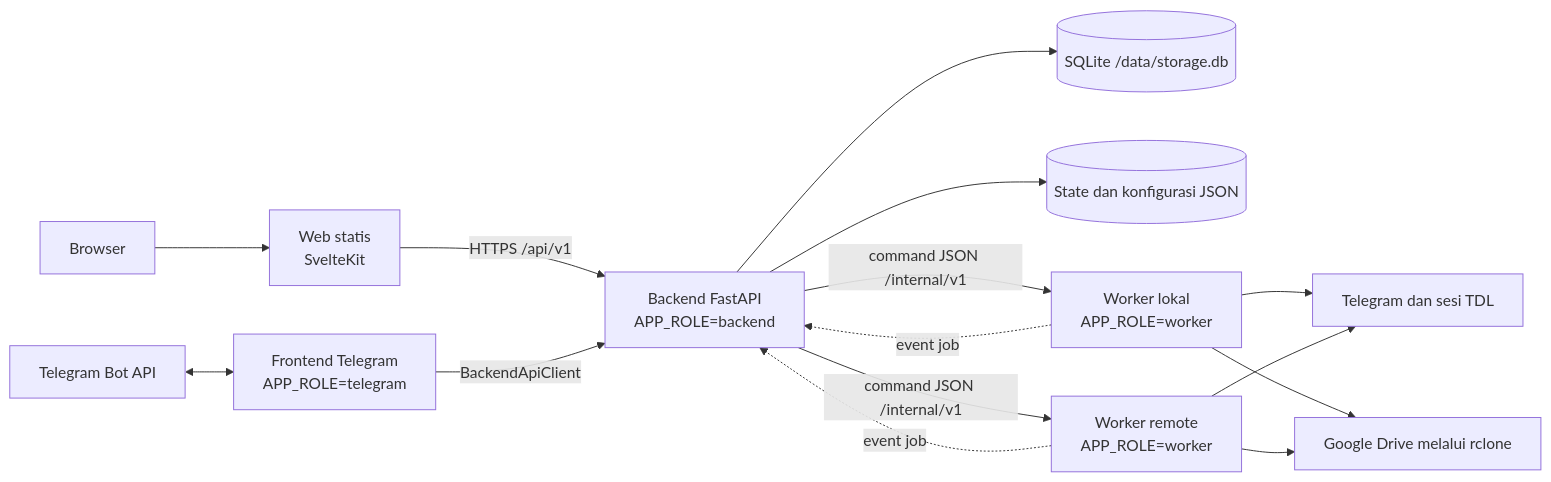
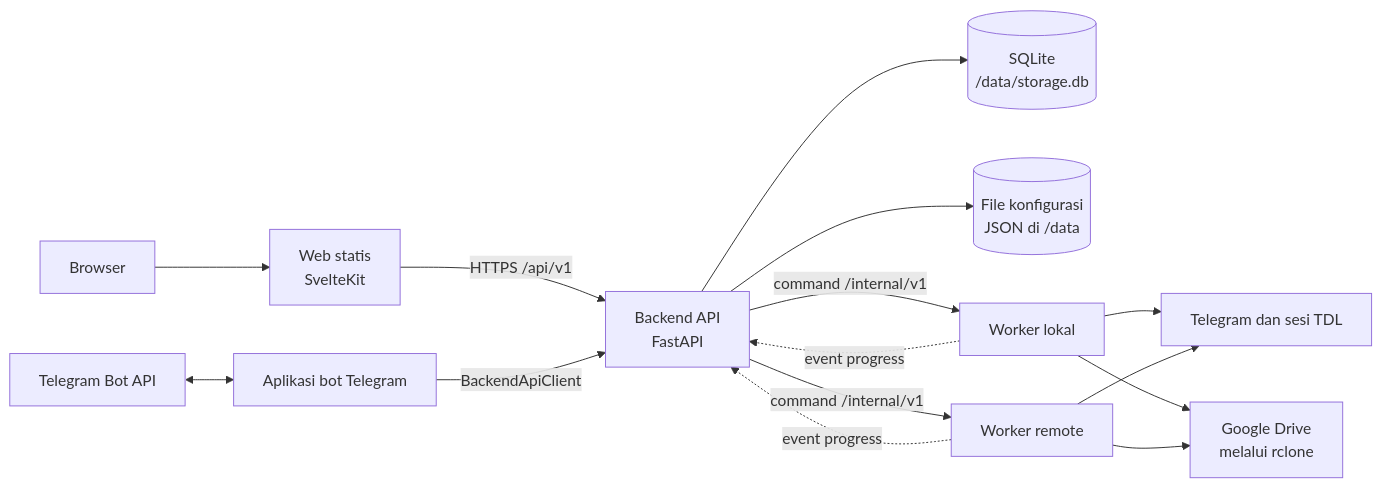
Before and after one commit to nkurnia1031/dockter_bot_tdl: the first of 3 diagrams in docs/ARSITEKTUR_SISTEM.md, drawn with Mermaid. The commit also changed other lines of this file and 35 other files, not shown here.

````diff
--- a/docs/ARSITEKTUR_SISTEM.md
+++ b/docs/ARSITEKTUR_SISTEM.md
@@ -19,29 +21,29 @@
 ```mermaid
 flowchart LR
   Browser[Browser]
   Web["Web statis<br/>SvelteKit"]
   Telegram[Telegram Bot API]
-  TGApp["Frontend Telegram<br/>APP_ROLE=telegram"]
-  Backend["Backend FastAPI<br/>APP_ROLE=backend"]
-  DB[(SQLite /data/storage.db)]
-  State[(State dan konfigurasi JSON)]
-  Local["Worker lokal<br/>APP_ROLE=worker"]
-  Remote["Worker remote<br/>APP_ROLE=worker"]
-  TDL[Telegram dan sesi TDL]
-  Drive[Google Drive melalui rclone]
+  TGApp["Aplikasi bot Telegram"]
+  Backend["Backend API<br/>FastAPI"]
+  DB[("SQLite<br/>/data/storage.db")]
+  JSON[("File konfigurasi<br/>JSON di /data")]
+  Local["Worker lokal"]
+  Remote["Worker remote"]
+  TDL["Telegram dan sesi TDL"]
+  Drive["Google Drive<br/>melalui rclone"]
 
   Browser --> Web
   Web -->|HTTPS /api/v1| Backend
   Telegram <--> TGApp
   TGApp -->|BackendApiClient| Backend
   Backend --> DB
-  Backend --> State
-  Backend -->|command JSON /internal/v1| Local
-  Backend -->|command JSON /internal/v1| Remote
+  Backend --> JSON
+  Backend -->|command /internal/v1| Local
+  Backend -->|command /internal/v1| Remote
   Local --> TDL
   Remote --> TDL
   Local --> Drive
   Remote --> Drive
-  Local -. event job .-> Backend
-  Remote -. event job .-> Backend
+  Local -. event progress .-> Backend
+  Remote -. event progress .-> Backend
 ```
````
